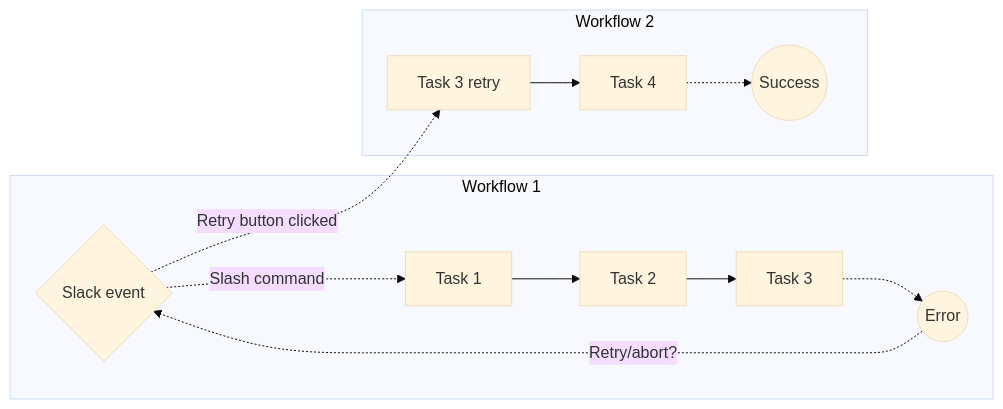
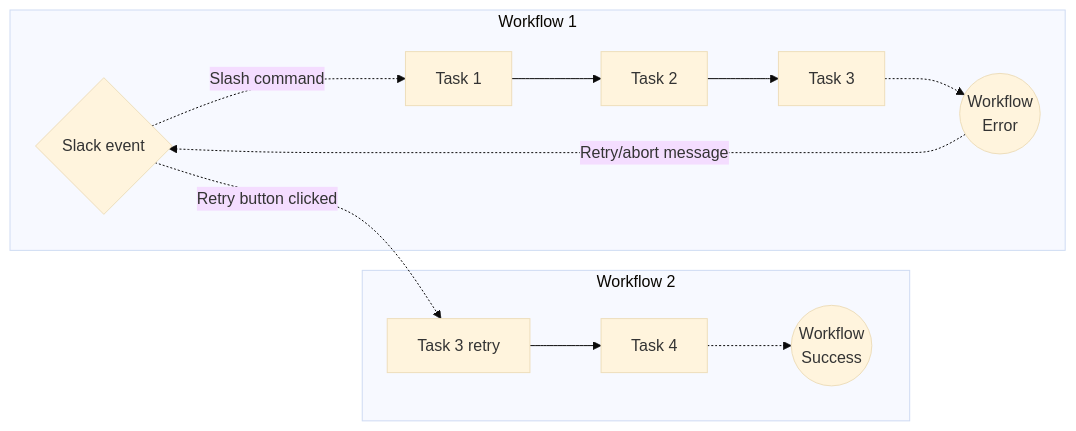
Before and after one commit to autokitteh/kittehub: the diagram in task_chain/README.md, drawn with Mermaid (base theme).

Commit message:
Fix flowchart

````diff
--- a/task_chain/README.md
+++ b/task_chain/README.md
@@ -13,19 +13,21 @@
 ```mermaid
 flowchart LR
     slack{Slack event}
     task1[Task 1]
     task2[Task 2]
     task3a[Task 3]
     task3b[Task 3 retry]
     task4[Task 4]
-    error((Error))
-    success((Success))
+    error(("`Workflow
+    Error`"))
+    success(("`Workflow
+    Success`"))
     slack -. Slash command .-> task1
     slack -. Retry button clicked .-> task3b
-    subgraph Workflow 1
-    task1 --> task2 --> task3a -.-> error -. Retry/abort? .-> slack
-    end
     subgraph Workflow 2
     task3b --> task4 -.-> success
     end
+    subgraph Workflow 1
+    task1 --> task2 --> task3a -.-> error -. Retry/abort message .-> slack
+    end
 ```
````
